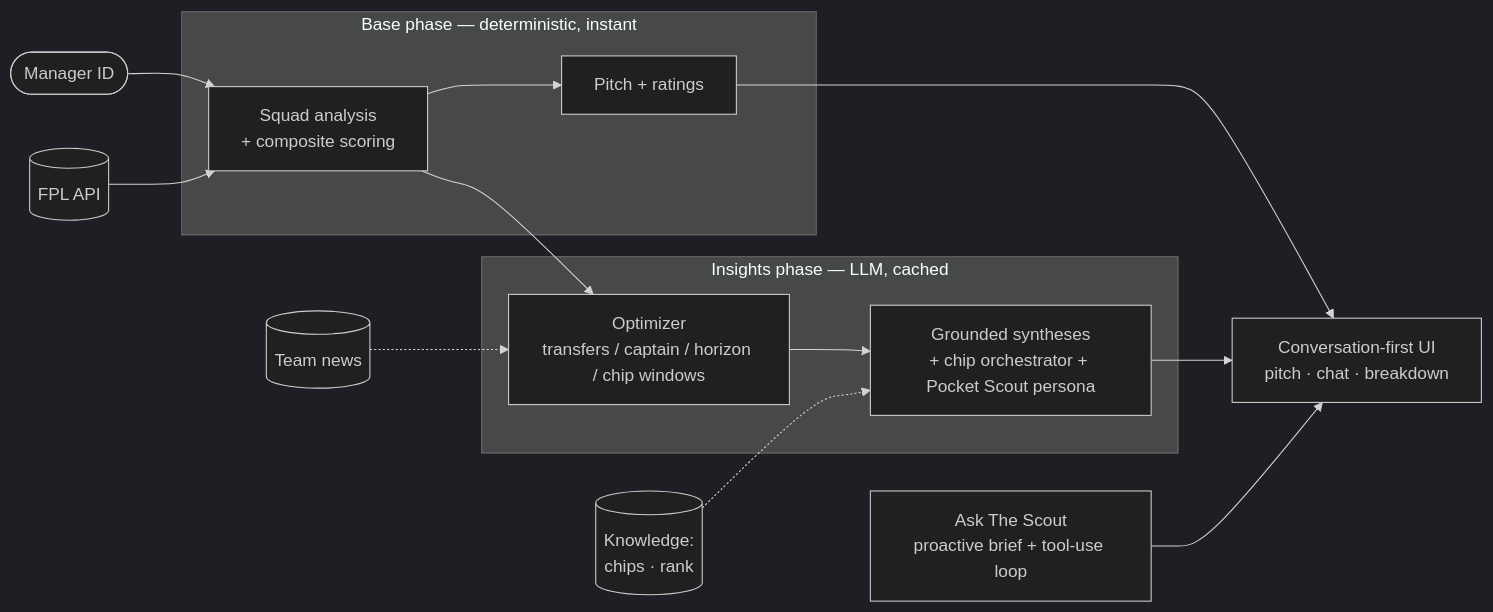
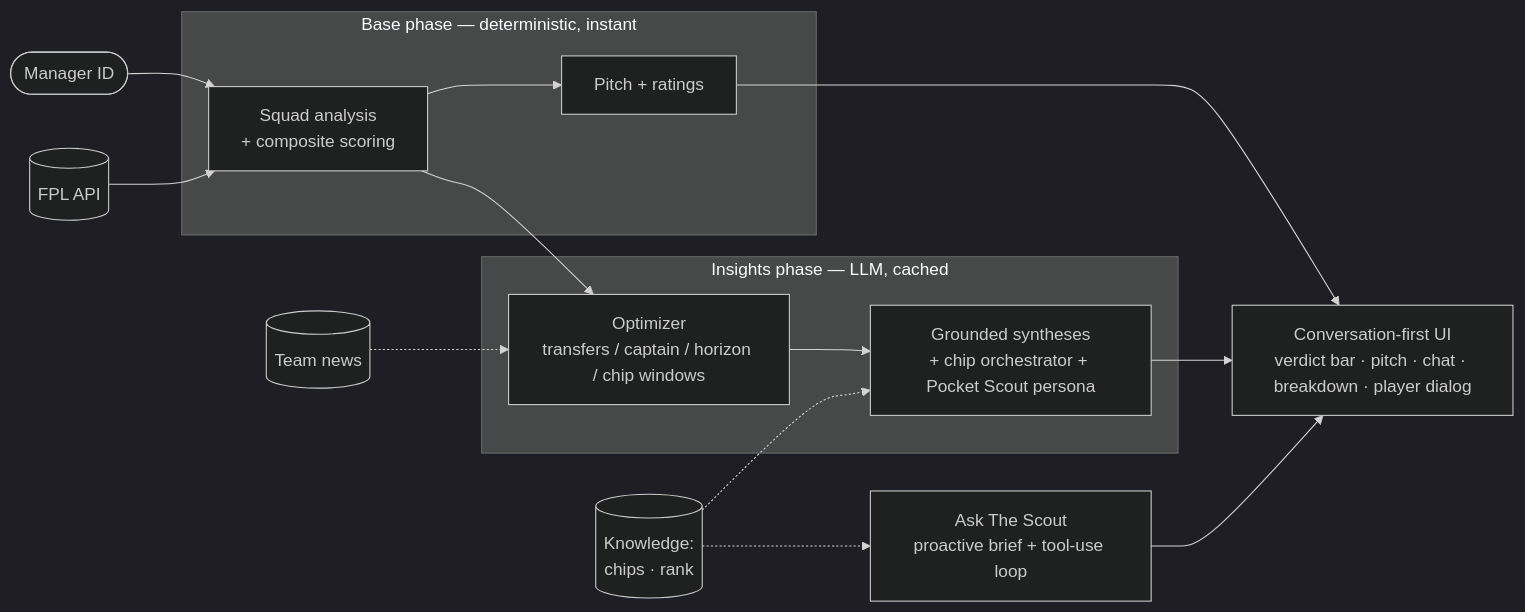
One commit to LionelKavit/Fantasy-Premier-League-Advisor changed the diagram in README.md. Above: the diagram before and after it, drawn with Mermaid (dark theme). The commit also changed other lines of this file and 13 other files, not shown here.

First line of the commit message:
docs: refresh README + ARCHITECTURE + screenshots for this version

````diff
--- a/README.md
+++ b/README.md
@@ -32,17 +34,18 @@
 ```mermaid
 flowchart LR
   U([Manager ID]) --> BASE
   subgraph Fast["Base phase — deterministic, instant"]
     BASE[Squad analysis<br/>+ composite scoring] --> PITCH[Pitch + ratings]
   end
   subgraph Slow["Insights phase — LLM, cached"]
     OPT[Optimizer<br/>transfers / captain / horizon / chip windows] --> SYN[Grounded syntheses<br/>+ chip orchestrator + Pocket Scout persona]
   end
   BASE --> OPT
   FPL[(FPL API)] --> BASE
   NEWS[(Team news)] -.-> OPT
   KB[(Knowledge:<br/>chips · rank)] -.-> SYN
-  PITCH --> UI[Conversation-first UI<br/>pitch · chat · breakdown]
+  KB -.-> CHAT
+  PITCH --> UI[Conversation-first UI<br/>verdict bar · pitch · chat · breakdown · player dialog]
   SYN --> UI
   CHAT[Ask The Scout<br/>proactive brief + tool-use loop] --> UI
 ```
````
